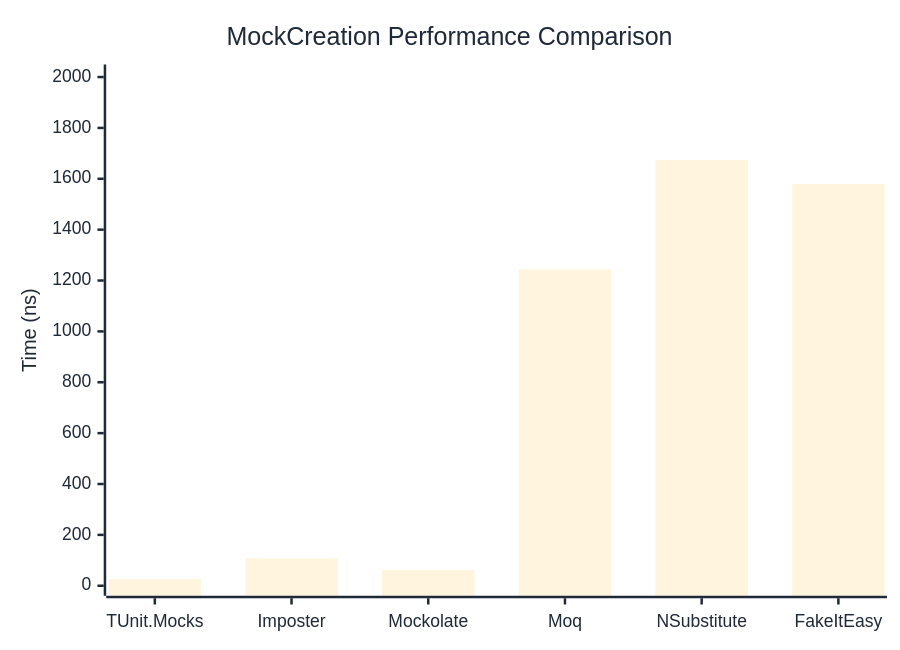
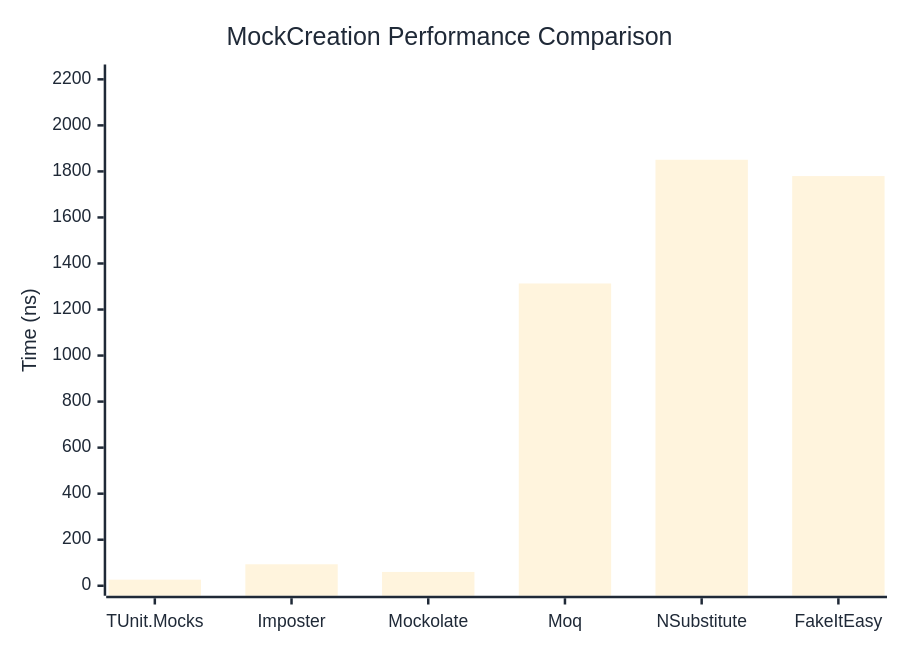
One commit to thomhurst/TUnit changed the first of 2 diagrams in docs/docs/benchmarks/mocks/MockCreation.md. Above: the diagram before and after it, drawn with Mermaid. The commit also changed other lines of this file and 14 other files, not shown here.

````diff
--- a/docs/docs/benchmarks/mocks/MockCreation.md
+++ b/docs/docs/benchmarks/mocks/MockCreation.md
@@ -28,27 +28,27 @@
 ```mermaid
 %%{init: {
   'theme':'base',
   'themeVariables': {
     'primaryColor': '#2563eb',
     'primaryTextColor': '#1f2937',
     'primaryBorderColor': '#1e40af',
     'lineColor': '#6b7280',
     'secondaryColor': '#7c3aed',
     'tertiaryColor': '#dc2626',
     'background': '#ffffff',
     'pie1': '#2563eb',
     'pie2': '#7c3aed',
     'pie3': '#dc2626',
     'pie4': '#f59e0b',
     'pie5': '#10b981',
     'pie6': '#06b6d4',
     'pie7': '#ec4899',
     'pie8': '#6366f1'
   }
 }}%%
 xychart-beta
   title "MockCreation Performance Comparison"
   x-axis ["TUnit.Mocks", "Imposter", "Mockolate", "Moq", "NSubstitute", "FakeItEasy"]
-  y-axis "Time (ns)" 0 --> 2010
-  bar [26.13, 106.9, 61.44, 1244.49, 1674.31, 1580.04]
+  y-axis "Time (ns)" 0 --> 2221
+  bar [26.42, 93.27, 60.05, 1313.15, 1850.64, 1779.77]
 ```
````
